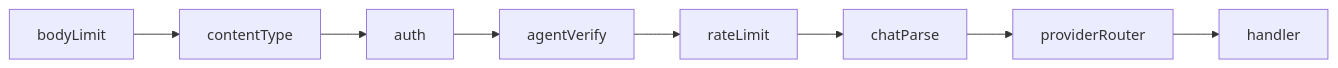
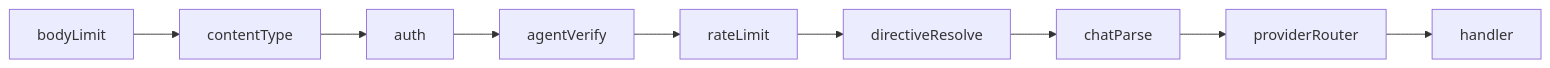
Before and after one commit to Rick1330/ibex-harness: the first of 2 diagrams in web/content/docs/proxy/request-routing.mdx, drawn with Mermaid. The commit also changed other lines of this file and 10 other files, not shown here.

````diff
--- a/web/content/docs/proxy/request-routing.mdx
+++ b/web/content/docs/proxy/request-routing.mdx
@@ -34,10 +34,11 @@
 ```mermaid
 flowchart LR
   BL[bodyLimit] --> CT[contentType]
   CT --> AU[auth]
   AU --> AG[agentVerify]
   AG --> RL[rateLimit]
-  RL --> CP[chatParse]
+  RL --> DR[directiveResolve]
+  DR --> CP[chatParse]
   CP --> PR[providerRouter]
   PR --> H[handler]
 ```
````
